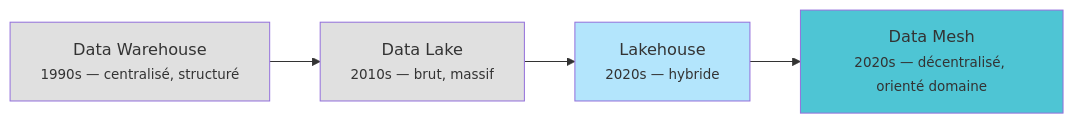
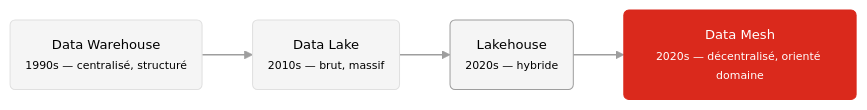
The first of 5 diagrams in cours/09-architectures-modernes.md (MediaComem/comem-infradon), drawn with Mermaid before and after one commit. The commit also changed other lines of this file and 1 other file, not shown here.

Commit message:
change style of diagrams

````diff
--- a/cours/09-architectures-modernes.md
+++ b/cours/09-architectures-modernes.md
@@ -68,11 +68,14 @@
 ```mermaid {scale: 0.7}
+%%{init: {'theme': 'base', 'themeVariables': {'primaryColor': '#f5f5f5', 'primaryTextColor': '#000', 'primaryBorderColor': '#e0e0e0', 'lineColor': '#9e9e9e', 'fontFamily': 'Roboto', 'fontSize': '13px'}}}%%
 graph LR
-    A["Data Warehouse<br/><small>1990s — centralisé, structuré</small>"] --> B["Data Lake<br/><small>2010s — brut, massif</small>"]
-    B --> C["Lakehouse<br/><small>2020s — hybride</small>"]
-    C --> D["Data Mesh<br/><small>2020s — décentralisé, orienté domaine</small>"]
+    A("Data Warehouse<br/><small>1990s — centralisé, structuré</small>") --> B("Data Lake<br/><small>2010s — brut, massif</small>")
+    B --> C("Lakehouse<br/><small>2020s — hybride</small>")
+    C --> D("Data Mesh<br/><small>2020s — décentralisé, orienté domaine</small>")
 
-    style A fill:#e0e0e0
-    style B fill:#e0e0e0
-    style C fill:#b3e5fc
-    style D fill:#4EC5D4
+    style A fill:#f5f5f5,stroke:#e0e0e0,color:#000
+    style B fill:#f5f5f5,stroke:#e0e0e0,color:#000
+    style C fill:#f5f5f5,stroke:#9e9e9e,color:#000
+    style D fill:#DA291C,stroke:#DA291C,color:#fff
+
+    linkStyle default stroke:#9e9e9e,stroke-width:1.5px
 ```
````
